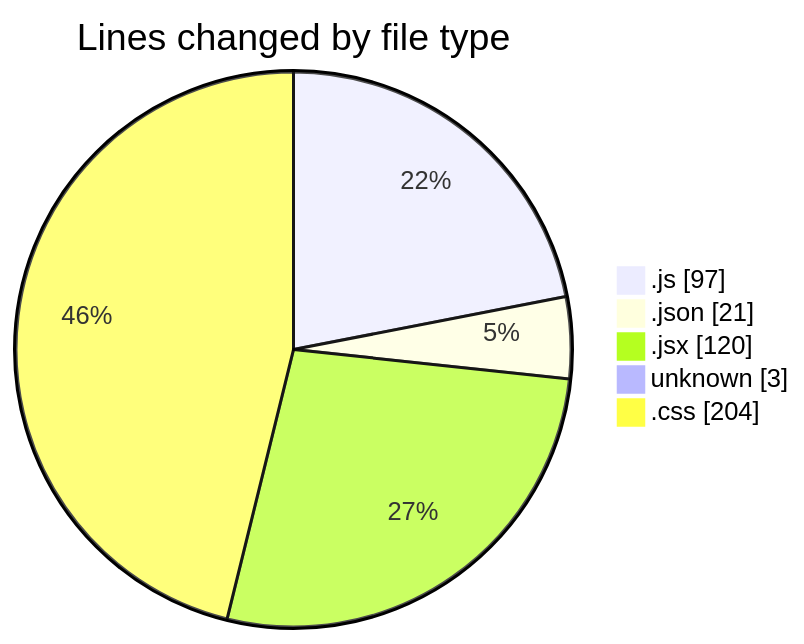
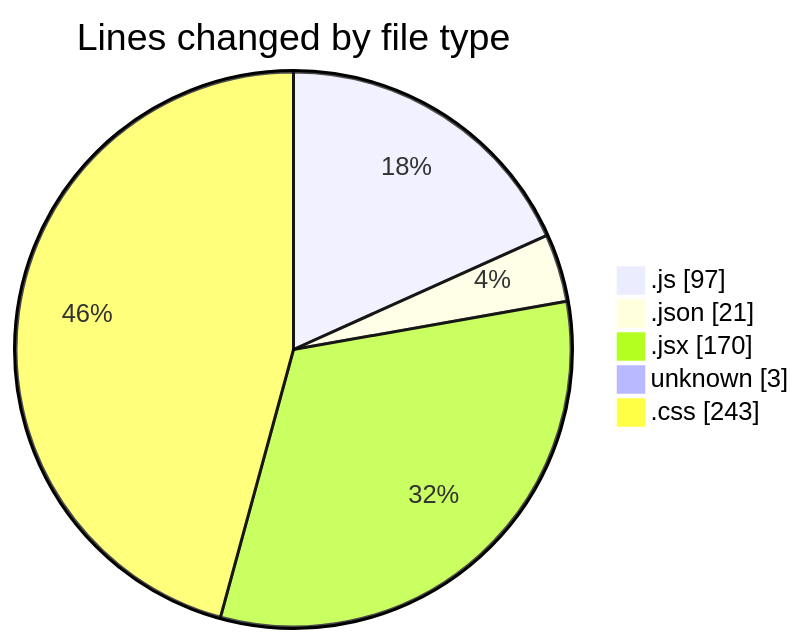
One commit to Ritupan-Deka/code-tracking changed the first of 2 diagrams in 2025-06-03/realtimechat/README.md. Above: the diagram before and after it, drawn with Mermaid. The commit also changed other lines of this file and 1 other file, not shown here.

````diff
--- a/2025-06-03/realtimechat/README.md
+++ b/2025-06-03/realtimechat/README.md
@@ -25,9 +25,9 @@
 ```mermaid
 pie showData
 title Lines changed by file type
 ".js" : 97
 ".json" : 21
-".jsx" : 120
+".jsx" : 170
 "unknown" : 3
-".css" : 204
+".css" : 243
 ```
````
